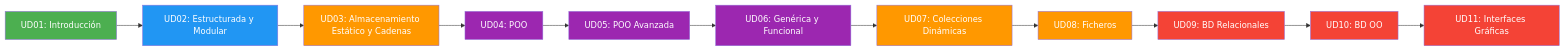
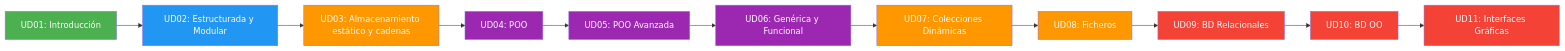
Before and after one commit to joseluisgs/Programacion-02-2026-2027: the second of 2 diagrams in 05-resumen.md, drawn with Mermaid. The commit also changed other lines of this file and 5 other files, not shown here.

````diff
--- a/05-resumen.md
+++ b/05-resumen.md
@@ -287,24 +287,24 @@
 ```mermaid
 graph LR
     UD01[UD01: Introducción] --> UD02[UD02: Estructurada y Modular]
-    UD02 --> UD03[UD03: Almacenamiento Estático y Cadenas]
+    UD02 --> UD03[UD03: Almacenamiento estático y cadenas]
     UD03 --> UD04[UD04: POO]
     UD04 --> UD05[UD05: POO Avanzada]
     UD05 --> UD06[UD06: Genérica y Funcional]
     UD06 --> UD07[UD07: Colecciones Dinámicas]
     UD07 --> UD08[UD08: Ficheros]
     UD08 --> UD09[UD09: BD Relacionales]
     UD09 --> UD10[UD10: BD OO]
     UD10 --> UD11[UD11: Interfaces Gráficas]
     style UD01 fill:#4CAF50,color:#fff
     style UD02 fill:#2196F3,color:#fff
     style UD03 fill:#FF9800,color:#fff
     style UD04 fill:#9C27B0,color:#fff
     style UD05 fill:#9C27B0,color:#fff
     style UD06 fill:#9C27B0,color:#fff
     style UD07 fill:#FF9800,color:#fff
     style UD08 fill:#FF9800,color:#fff
     style UD09 fill:#f44336,color:#fff
     style UD10 fill:#f44336,color:#fff
     style UD11 fill:#f44336,color:#fff
 ```
````
